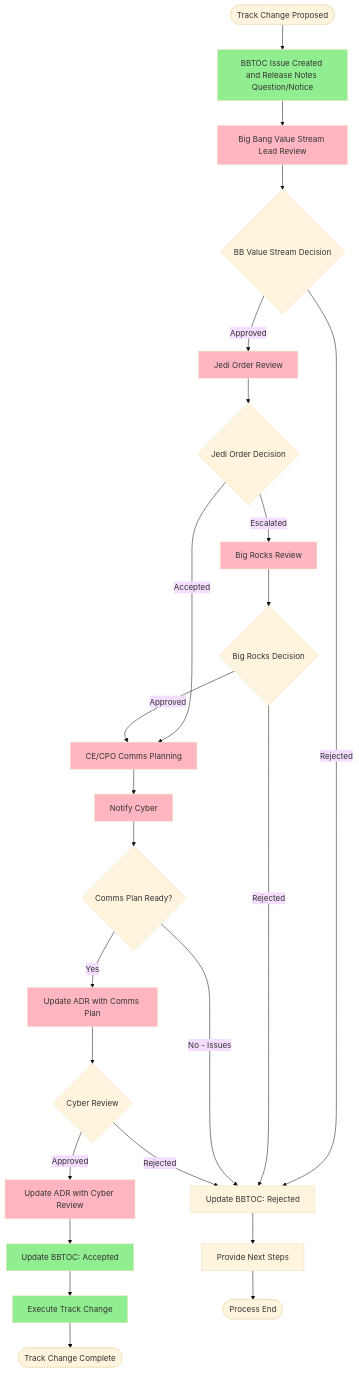
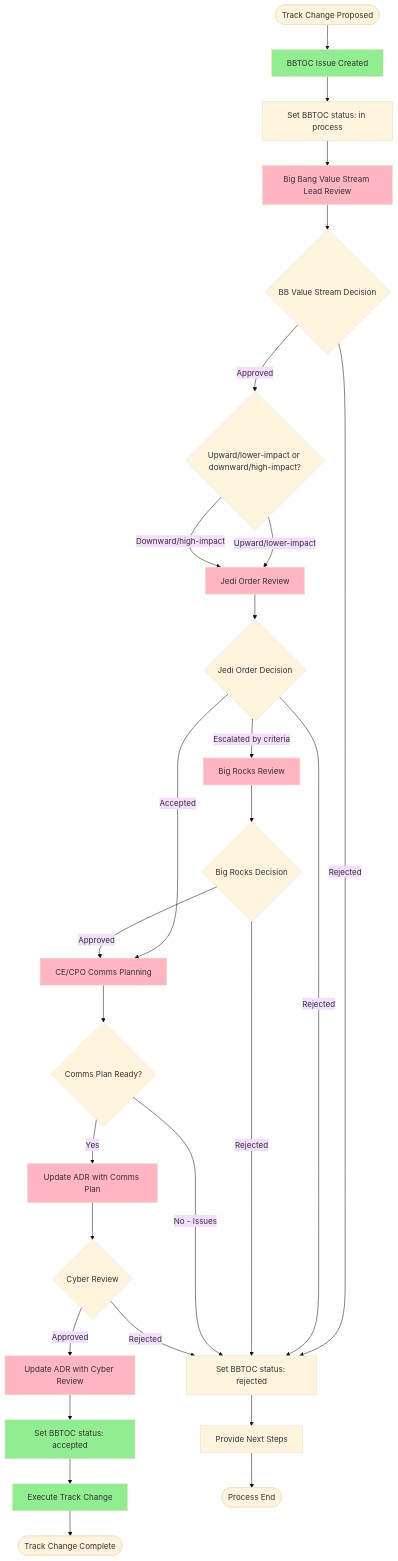
Before and after one commit to DoD-Platform-One/bbtoc: the diagram in process/Package Maintenance Tracks.md, drawn with Mermaid (base theme). The commit also changed other lines of this file, not shown here.

Commit message:
docs: WIP another draft for review

````diff
--- a/process/Package Maintenance Tracks.md
+++ b/process/Package Maintenance Tracks.md
@@ -7,49 +35,52 @@
 ```mermaid
 flowchart TD
-    Start([Track Change Proposed]) --> BBTOC[BBTOC Issue Created and Release Notes Question/Notice]
+    Start([Track Change Proposed]) --> BBTOC[BBTOC Issue Created]
+    BBTOC --> InProcess[Set BBTOC status: in process]
 
-    BBTOC --> BBValueStream[Big Bang Value Stream Lead Review]
+    InProcess --> BBValueStream[Big Bang Value Stream Lead Review]
     BBValueStream --> BBDecision{BB Value Stream Decision}
 
-    BBDecision -->|Rejected| UpdateRejected[Update BBTOC: Rejected]
-    BBDecision -->|Approved| Jedi[Jedi Order Review]
+    BBDecision -->|Rejected| UpdateRejected[Set BBTOC status: rejected]
+    BBDecision -->|Approved| Route{Upward/lower-impact or downward/high-impact?}
+
+    Route -->|Upward/lower-impact| Jedi[Jedi Order Review]
+    Route -->|Downward/high-impact| Jedi
 
     Jedi --> JediDecision{Jedi Order Decision}
+    JediDecision -->|Rejected| UpdateRejected
     JediDecision -->|Accepted| CommsPlanning[CE/CPO Comms Planning]
-    JediDecision -->|Escalated| BigRocks[Big Rocks Review]
+    JediDecision -->|Escalated by criteria| BigRocks[Big Rocks Review]
 
     BigRocks --> BigRocksDecision{Big Rocks Decision}
     BigRocksDecision -->|Rejected| UpdateRejected
     BigRocksDecision -->|Approved| CommsPlanning
 
-    CommsPlanning --> NotifyCyber[Notify Cyber]
-    NotifyCyber --> CommsPlanReady{Comms Plan Ready?}
+    CommsPlanning --> CommsPlanReady{Comms Plan Ready?}
 
     CommsPlanReady -->|No - Issues| UpdateRejected
     CommsPlanReady -->|Yes| UpdateADR[Update ADR with Comms Plan]
 
     UpdateADR --> CyberReview{Cyber Review}
     CyberReview -->|Rejected| UpdateRejected
     CyberReview -->|Approved| UpdateADRCyber[Update ADR with Cyber Review]
 
-    UpdateADRCyber --> UpdateBBTOC[Update BBTOC: Accepted]
+    UpdateADRCyber --> UpdateBBTOC[Set BBTOC status: accepted]
     UpdateBBTOC --> Execute[Execute Track Change]
 
     UpdateRejected --> NextSteps[Provide Next Steps]
     Execute --> Complete([Track Change Complete])
     NextSteps --> End([Process End])
 
     style BBTOC fill:#90EE90
     style BBValueStream fill:#FFB6C1
-    style NotifyCyber fill:#FFB6C1
     style Jedi fill:#FFB6C1
     style BigRocks fill:#FFB6C1
     style CommsPlanning fill:#FFB6C1
     style UpdateADR fill:#FFB6C1
     style UpdateADRCyber fill:#FFB6C1
     style UpdateBBTOC fill:#90EE90
     style Execute fill:#90EE90
 
     classDef externalStep fill:#90EE90,stroke:#333,stroke-width:2px
     classDef internalStep fill:#FFB6C1,stroke:#333,stroke-width:2px
 ```
````
